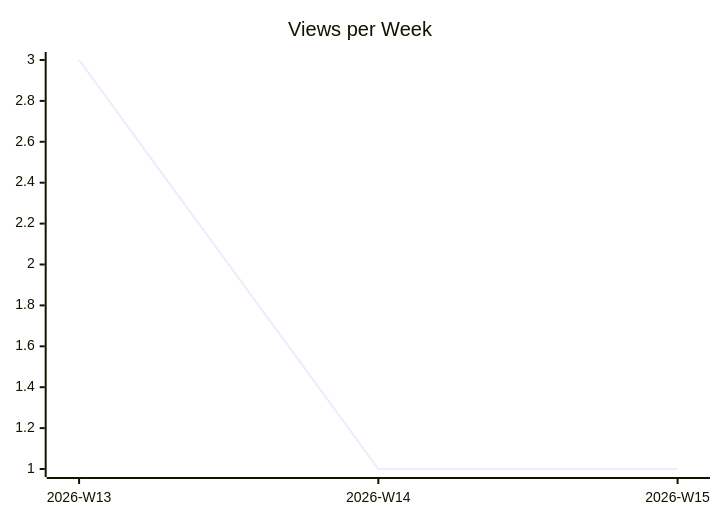
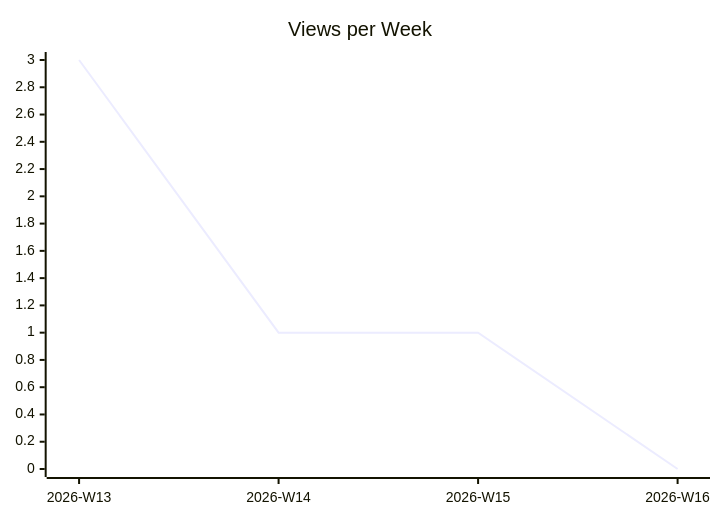
One commit to justdavis-family/github-analytics-data changed the second of 3 diagrams in karlmdavis/rps-tourney/README.md. Above: the diagram before and after it, drawn with Mermaid. The commit also changed other lines of this file and 173 other files, not shown here.

````diff
--- a/karlmdavis/rps-tourney/README.md
+++ b/karlmdavis/rps-tourney/README.md
@@ -12,6 +12,6 @@
 ```mermaid
 xychart-beta
   title "Views per Week"
-  x-axis ["2026-W13", "2026-W14", "2026-W15"]
-  line [3, 1, 1]
+  x-axis ["2026-W13", "2026-W14", "2026-W15", "2026-W16"]
+  line [3, 1, 1, 0]
 ```
````
